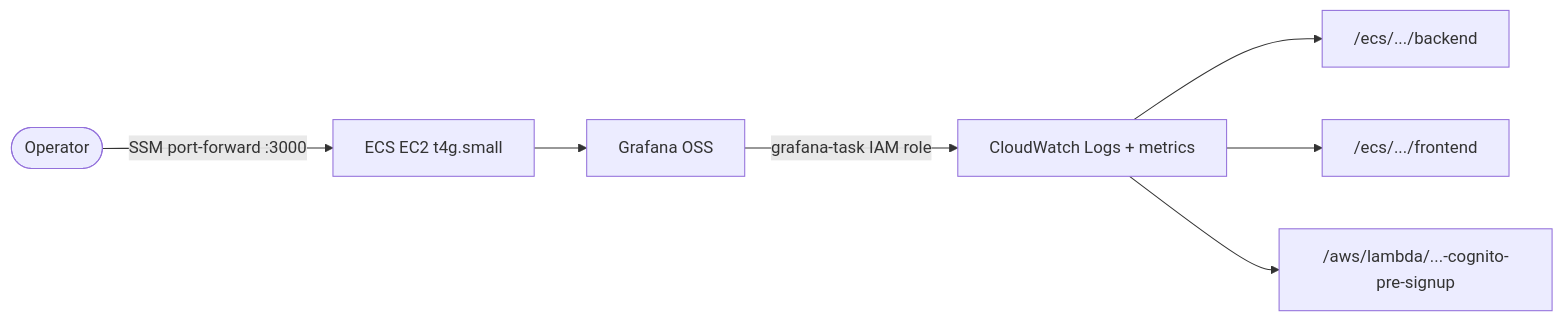
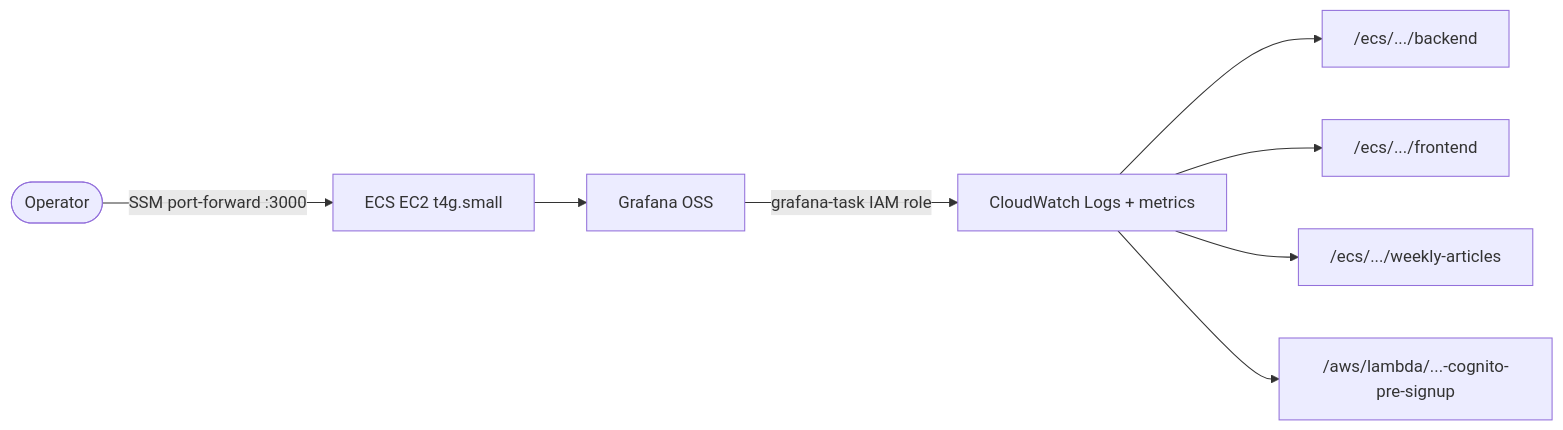
One commit to mazarsju/teacher-wang-infra changed the seventh of 10 diagrams in docs/architecture.md. Above: the diagram before and after it, drawn with Mermaid. The commit also changed other lines of this file and 7 other files, not shown here.

Commit message:
Make 'generate_weekly_article' callable as a job from an EventBridge Scheduler

````diff
--- a/docs/architecture.md
+++ b/docs/architecture.md
@@ -243,9 +247,10 @@
 ```mermaid
 flowchart LR
   Ops([Operator]) -->|SSM port-forward :3000| Host["ECS EC2 t4g.small"]
   Host --> Grafana["Grafana OSS"]
   Grafana -->|grafana-task IAM role| CW["CloudWatch Logs + metrics"]
   CW --> BE["/ecs/.../backend"]
   CW --> FE["/ecs/.../frontend"]
+  CW --> Job["/ecs/.../weekly-articles"]
   CW --> Lambda["/aws/lambda/...-cognito-pre-signup"]
 ```
````
